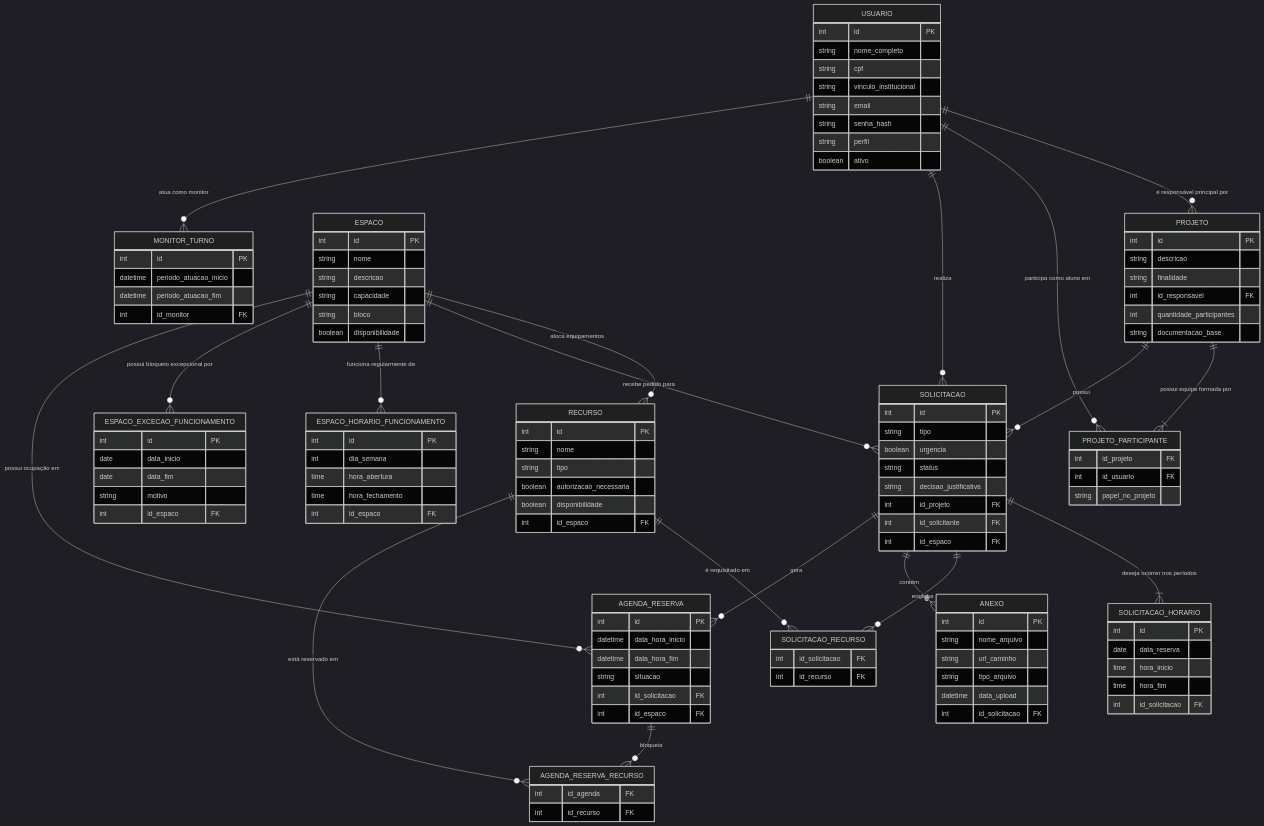
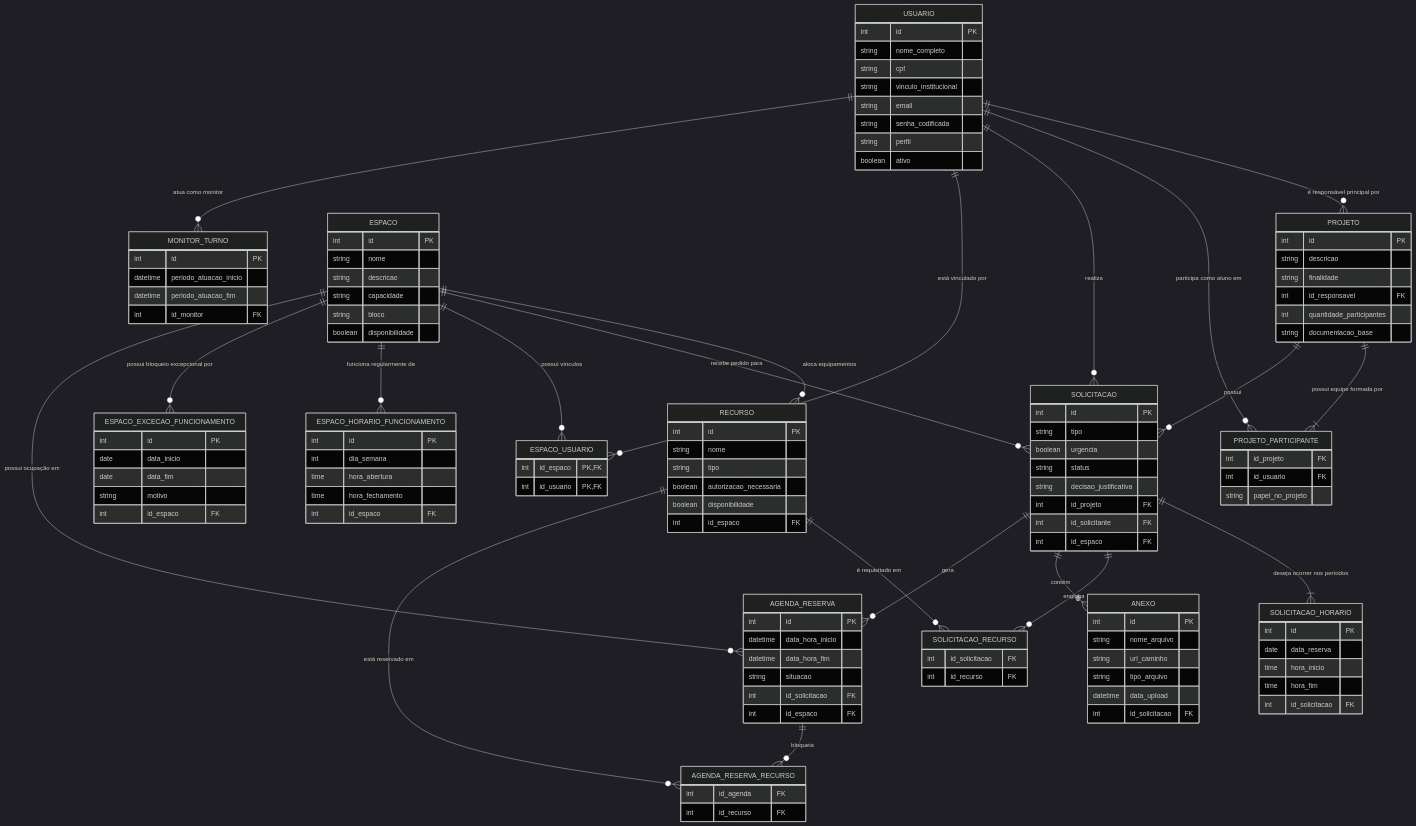
One commit to GlinsC/agendamento_espacos changed the diagram in docs/banco_dados.md. Above: the diagram before and after it, drawn with Mermaid (dark theme). The commit also changed other lines of this file and 2 other files, not shown here.

Commit message:
Atualiza documentação do README e remove arquivo de API; ajusta modelo relacional no banco de dados

```diff
--- a/docs/banco_dados.md
+++ b/docs/banco_dados.md
@@ -18,7 +18,7 @@
         string cpf
         string vinculo_institucional
         string email
-        string senha_hash
+        string senha_codificada
         string perfil
         boolean ativo
     }
@@ -45,6 +45,11 @@
         string capacidade
         string bloco
         boolean disponibilidade
+    }
+
+    ESPACO_USUARIO {
+        int id_espaco PK, FK
+        int id_usuario PK, FK
     }
 
     ESPACO_HORARIO_FUNCIONAMENTO {
@@ -136,6 +141,8 @@
     
     ESPACO ||--o{ RECURSO : "aloca equipamentos"
     ESPACO ||--o{ SOLICITACAO : "recebe pedido para"
+    ESPACO ||--o{ ESPACO_USUARIO : "possui vínculos"
+    USUARIO ||--o{ ESPACO_USUARIO : "está vinculado por"
     
     ESPACO ||--o{ ESPACO_HORARIO_FUNCIONAMENTO : "funciona regularmente de"
     ESPACO ||--o{ ESPACO_EXCECAO_FUNCIONAMENTO : "possui bloqueio excepcional por"
```
